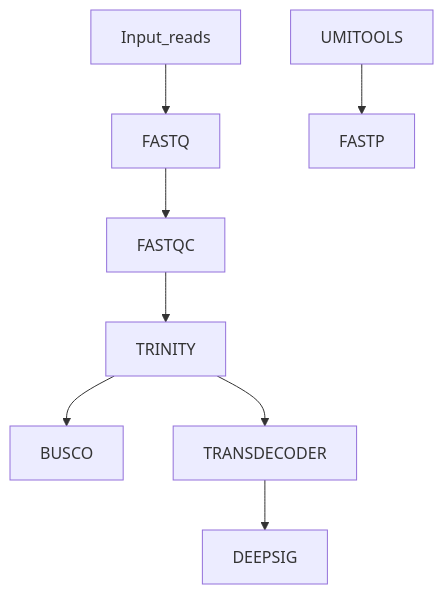
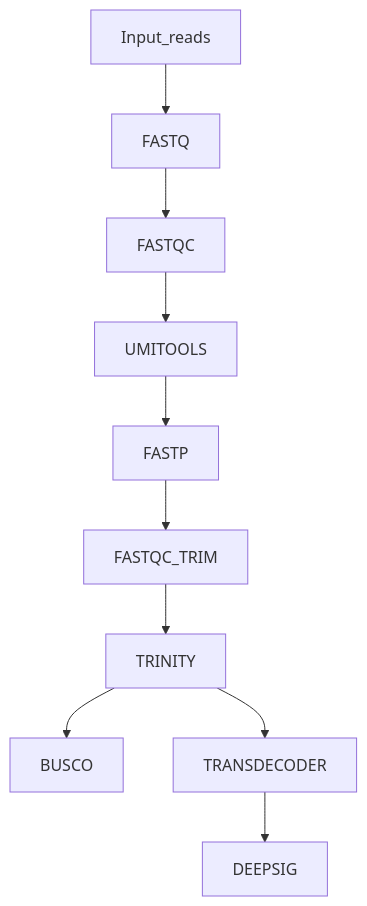
The diagram in README.md (EPegueroS/transcriptassembler), drawn with Mermaid before and after one commit.

Commit message:
fixed diagram

````diff
--- a/README.md
+++ b/README.md
@@ -22,10 +22,12 @@
 ```mermaid
 graph TD;
     Input_reads-->FASTQ;
     FASTQ-->FASTQC;
+    FASTQC-->UMITOOLS;
     UMITOOLS-->FASTP;
-    FASTQC-->TRINITY;
+    FASTP-->FASTQC_TRIM;
+    FASTQC_TRIM-->TRINITY;
     TRINITY-->BUSCO;
     TRINITY-->TRANSDECODER;
     TRANSDECODER-->DEEPSIG;
 ```
````
